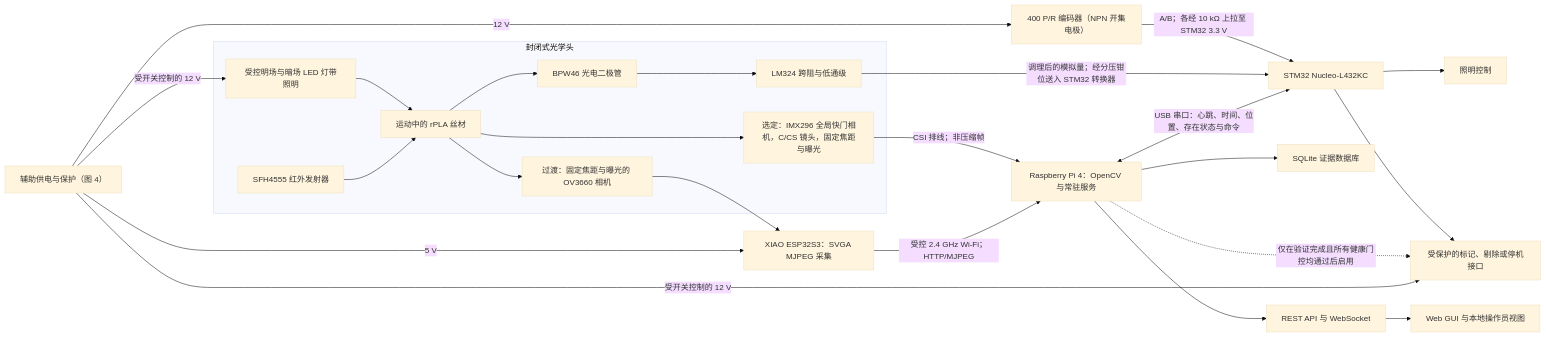
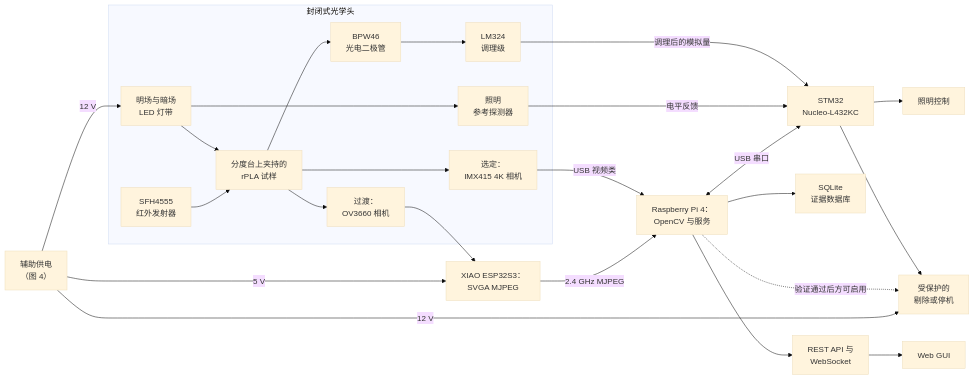
One commit to wxy331-hub/eng5105-rpla-surface-quality changed the first of 4 diagrams in paper_rewriting_output/ENG5105_Proposal_Design_Report_ZH.md. Above: the diagram before and after it, drawn with Mermaid (base theme). The commit also changed other lines of this file and 22 other files, not shown here.

````diff
--- a/paper_rewriting_output/ENG5105_Proposal_Design_Report_ZH.md
+++ b/paper_rewriting_output/ENG5105_Proposal_Design_Report_ZH.md
@@ -218,33 +224,34 @@
 ```mermaid
 flowchart LR
     subgraph OH["封闭式光学头"]
-        F["运动中的 rPLA 丝材"]
-        L["受控明场与暗场 LED 灯带照明"]
-        CA["选定：IMX296 全局快门相机，C/CS 镜头，固定焦距与曝光"]
-        CB["过渡：固定焦距与曝光的 OV3660 相机"]
-        IR["SFH4555 红外发射器"]
-        PD["BPW46 光电二极管"]
-        AF["LM324 跨阻与低通级"]
+        F["分度台上夹持的<br/>rPLA 试样"]
+        L["明场与暗场<br/>LED 灯带"]
+        CA["选定：<br/>IMX415 4K 相机"]
+        CB["过渡：<br/>OV3660 相机"]
+        IR["SFH4555<br/>红外发射器"]
+        PD["BPW46<br/>光电二极管"]
+        AF["LM324<br/>调理级"]
+        RD["照明<br/>参考探测器"]
         F --> CA
         F --> CB
         L --> F
         IR --> F --> PD --> AF
+        L --> RD
     end
-    CA -->|"CSI 排线；非压缩帧"| P["Raspberry Pi 4：OpenCV 与常驻服务"]
-    CB --> E["XIAO ESP32S3：SVGA MJPEG 采集"]
-    E -->|"受控 2.4 GHz Wi-Fi；HTTP/MJPEG"| P
-    EN["400 P/R 编码器（NPN 开集电极）"] -->|"A/B；各经 10 kΩ 上拉至 STM32 3.3 V"| S["STM32 Nucleo-L432KC"]
-    AF -->|"调理后的模拟量；经分压钳位送入 STM32 转换器"| S
-    P <-->|"USB 串口：心跳、时间、位置、存在状态与命令"| S
-    P --> D["SQLite 证据数据库"]
-    P --> A["REST API 与 WebSocket"]
-    A --> G["Web GUI 与本地操作员视图"]
+    CA -->|"USB 视频类"| P["Raspberry Pi 4：<br/>OpenCV 与服务"]
+    CB --> E["XIAO ESP32S3：<br/>SVGA MJPEG"]
+    E -->|"2.4 GHz MJPEG"| P
+    AF -->|"调理后的模拟量"| S["STM32<br/>Nucleo-L432KC"]
+    RD -->|"电平反馈"| S
+    P <-->|"USB 串口"| S
+    P --> D["SQLite<br/>证据数据库"]
+    P --> A["REST API 与<br/>WebSocket"]
+    A --> G["Web GUI"]
     S --> LC["照明控制"]
-    S --> O["受保护的标记、剔除或停机接口"]
-    P -. "仅在验证完成且所有健康门控均通过后启用" .-> O
-    PWR["辅助供电与保护（图 4）"]
+    S --> O["受保护的<br/>剔除或停机"]
+    P -. "验证通过后方可启用" .-> O
+    PWR["辅助供电<br/>（图 4）"]
     PWR -->|"5 V"| E
-    PWR -->|"受开关控制的 12 V"| O
-    PWR -->|"受开关控制的 12 V"| L
-    PWR -->|"12 V"| EN
+    PWR -->|"12 V"| O
+    PWR -->|"12 V"| L
 ```
````
